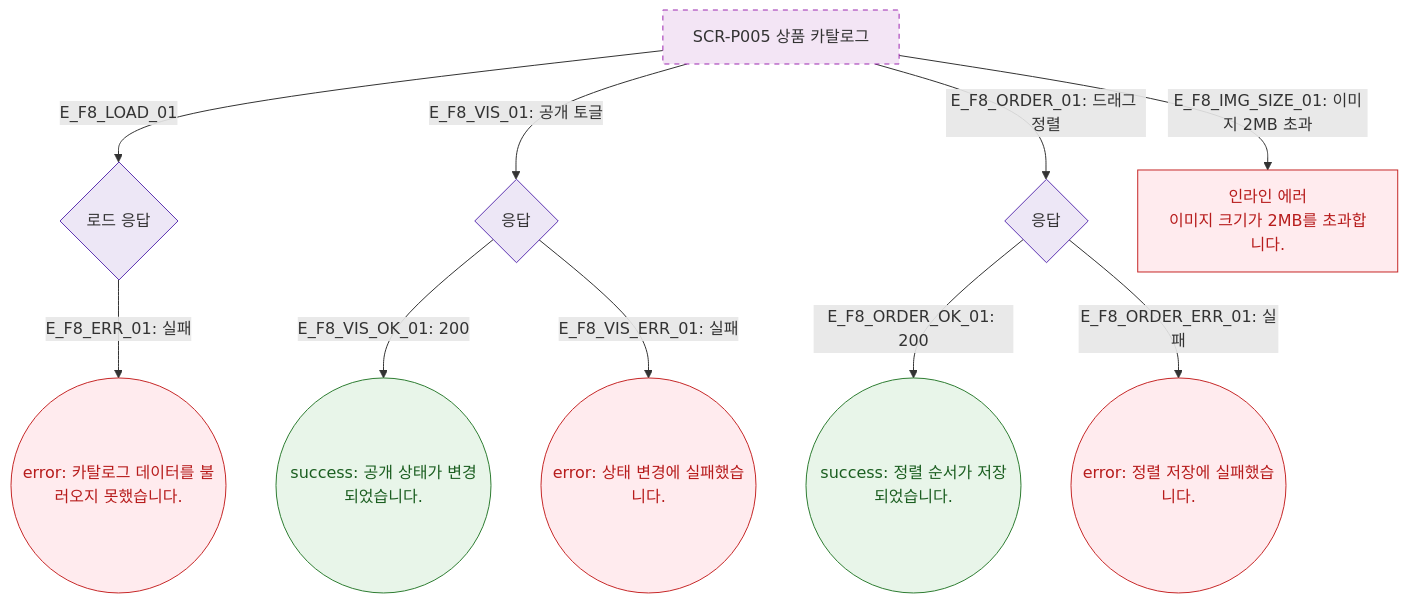
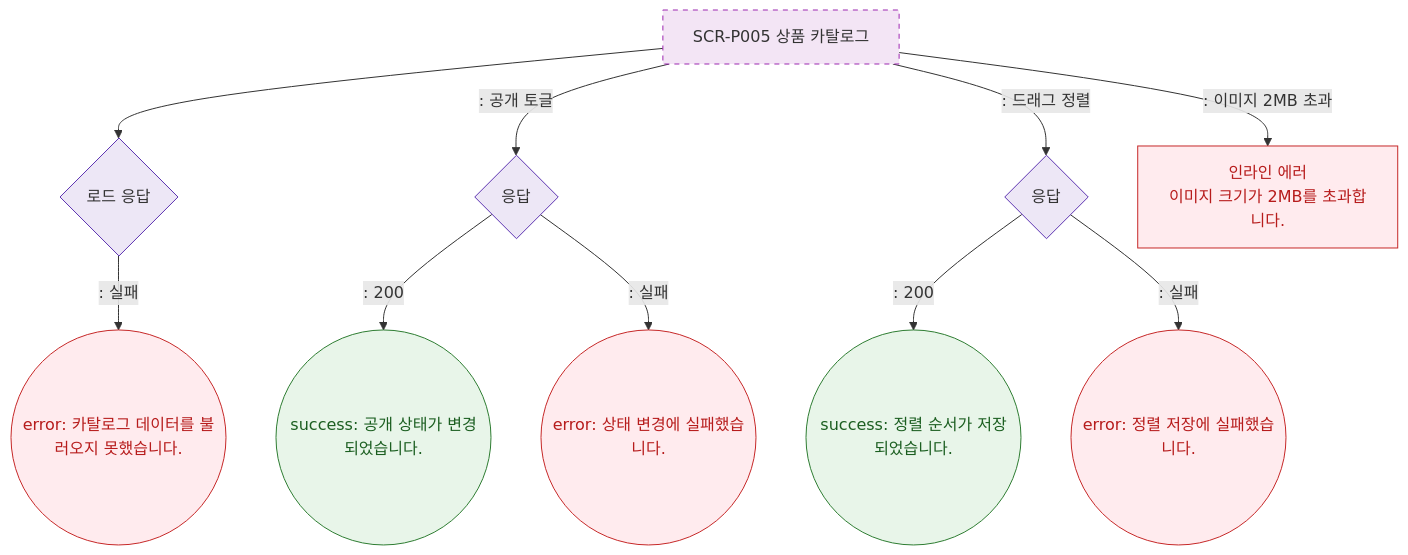
The diagram in docs/다이어그램/D05_상품관리/SCR-P005_상품카탈로그/F8_에러예외복구.md (dev-spogym/admin-pando), drawn with Mermaid before and after one commit. The commit also changed other lines of this file and 1660 other files, not shown here.

First line of the commit message:
다이어그램: 기획자/클라이언트 납품본으로 정리

````diff
--- a/docs/다이어그램/D05_상품관리/SCR-P005_상품카탈로그/F8_에러예외복구.md
+++ b/docs/다이어그램/D05_상품관리/SCR-P005_상품카탈로그/F8_에러예외복구.md
@@ -16,26 +14,26 @@
 ```mermaid
 flowchart TD
     SCR_P005[SCR-P005 상품 카탈로그]
 
-    SCR_P005 -->|E_F8_LOAD_01| LoadAPI{로드 응답}
-    LoadAPI -->|"E_F8_ERR_01: 실패"| ErrLoad((error: 카탈로그 데이터를 불러오지 못했습니다.))
+    SCR_P005 --> LoadAPI{로드 응답}
+    LoadAPI -->|": 실패"|ErrLoad((error: 카탈로그 데이터를 불러오지 못했습니다.))
 
-    SCR_P005 -->|"E_F8_VIS_01: 공개 토글"| VisAPI{응답}
-    VisAPI -->|"E_F8_VIS_OK_01: 200"| ToastVis((success: 공개 상태가 변경되었습니다.))
-    VisAPI -->|"E_F8_VIS_ERR_01: 실패"| ErrVis((error: 상태 변경에 실패했습니다.))
+    SCR_P005 -->|": 공개 토글"|VisAPI{응답}
+    VisAPI -->|": 200"|ToastVis((success: 공개 상태가 변경되었습니다.))
+    VisAPI -->|": 실패"|ErrVis((error: 상태 변경에 실패했습니다.))
 
-    SCR_P005 -->|"E_F8_ORDER_01: 드래그 정렬"| OrderAPI{응답}
-    OrderAPI -->|"E_F8_ORDER_OK_01: 200"| ToastOrder((success: 정렬 순서가 저장되었습니다.))
-    OrderAPI -->|"E_F8_ORDER_ERR_01: 실패"| ErrOrder((error: 정렬 저장에 실패했습니다.))
+    SCR_P005 -->|": 드래그 정렬"|OrderAPI{응답}
+    OrderAPI -->|": 200"|ToastOrder((success: 정렬 순서가 저장되었습니다.))
+    OrderAPI -->|": 실패"|ErrOrder((error: 정렬 저장에 실패했습니다.))
 
-    SCR_P005 -->|"E_F8_IMG_SIZE_01: 이미지 2MB 초과"| ErrImg[인라인 에러\n이미지 크기가 2MB를 초과합니다.]
+    SCR_P005 -->|": 이미지 2MB 초과"|ErrImg[인라인 에러\n이미지 크기가 2MB를 초과합니다.]
 
     classDef screen fill:#F3E5F5,stroke:#9C27B0,stroke-dasharray:5 5
     classDef error fill:#FFEBEE,stroke:#C62828,color:#B71C1C
     classDef success fill:#E8F5E9,stroke:#2E7D32,color:#1B5E20
     classDef system fill:#EDE7F6,stroke:#5E35B2
     class SCR_P005 screen
     class ErrLoad,ErrVis,ErrOrder,ErrImg error
     class ToastVis,ToastOrder success
     class LoadAPI,VisAPI,OrderAPI system
 ```
````
